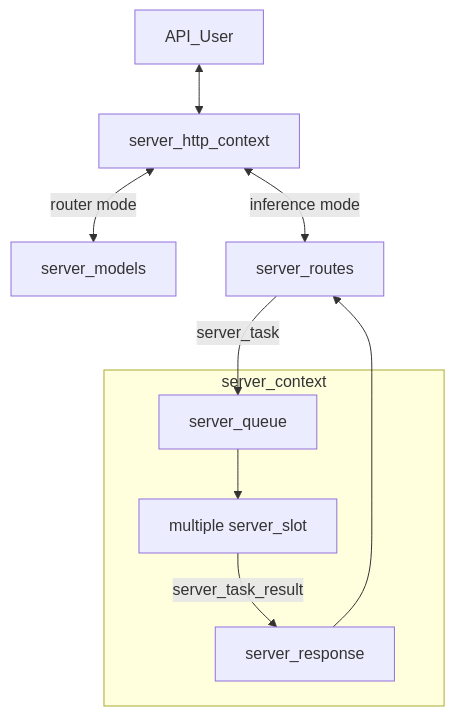
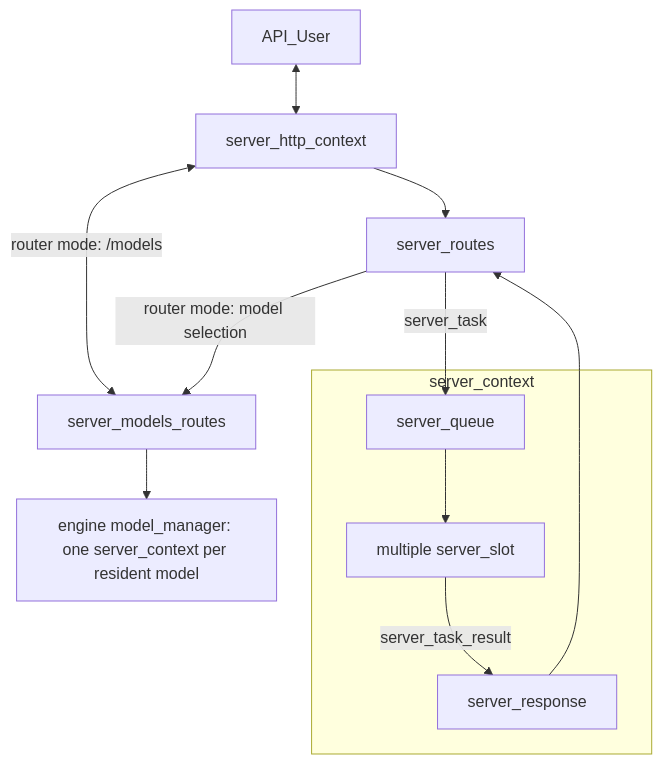
The first of 2 diagrams in tools/server/README-dev.md (thom-dev-fr/llama.cpp), drawn with Mermaid before and after one commit. The commit also changed other lines of this file and 29 other files, not shown here.

First line of the commit message:
engine : run llama-server multi-model mode in process

````diff
--- a/tools/server/README-dev.md
+++ b/tools/server/README-dev.md
@@ -87,13 +87,15 @@
 ```mermaid
 graph TD
     API_User <--> server_http_context
-    server_http_context <-- router mode --> server_models
-    server_http_context <-- inference mode --> server_routes
+    server_http_context <-- router mode: /models --> server_models_routes
+    server_http_context --> server_routes
+    server_routes -- router mode: model selection --> server_models_routes
+    server_models_routes --> model_manager[engine model_manager: one server_context per resident model]
     server_routes -- server_task --> server_queue
     subgraph server_context
         server_queue --> server_slot
         server_slot -- server_task_result --> server_response
         server_slot[multiple server_slot]
     end
     server_response --> server_routes
 ```
````
